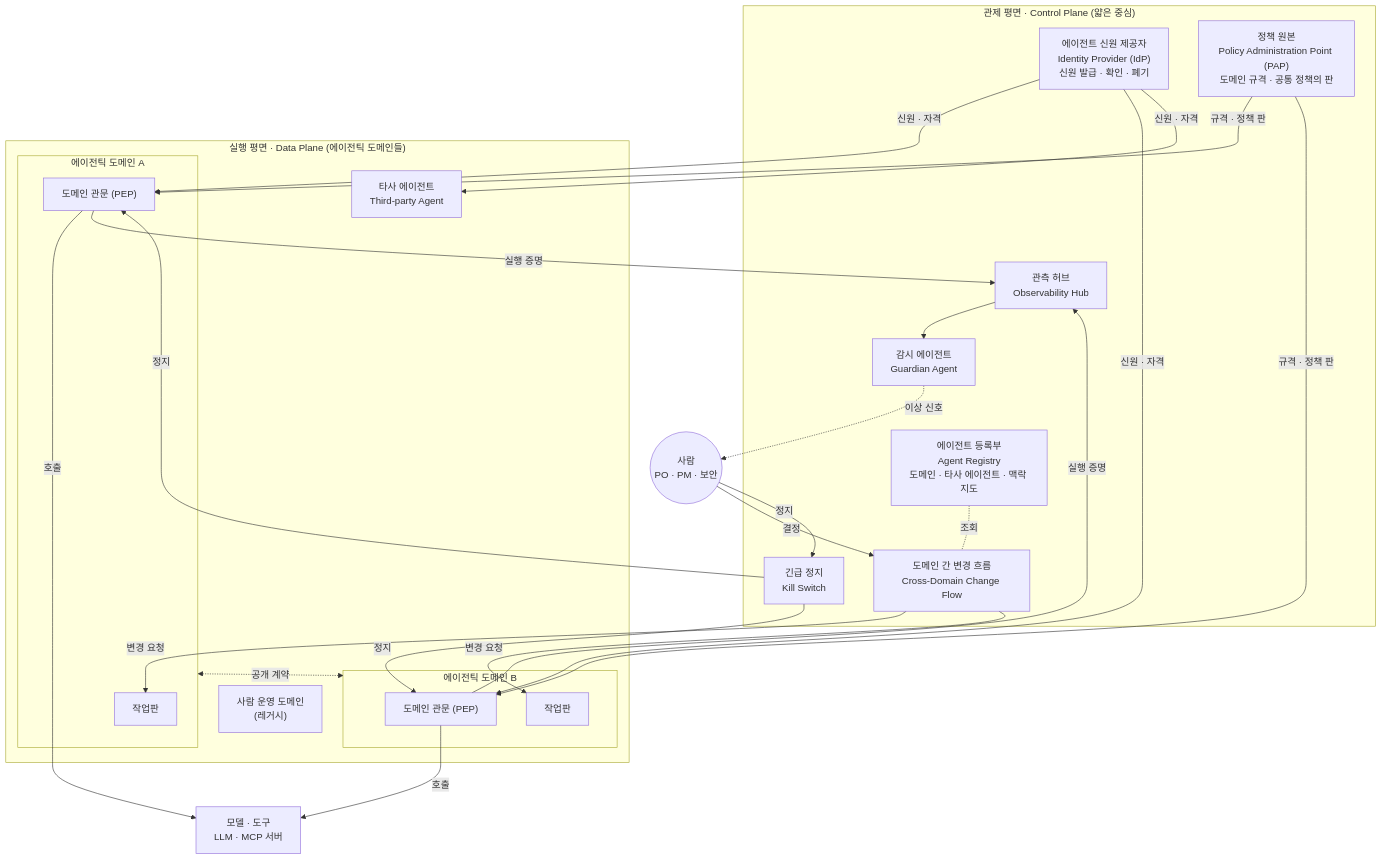
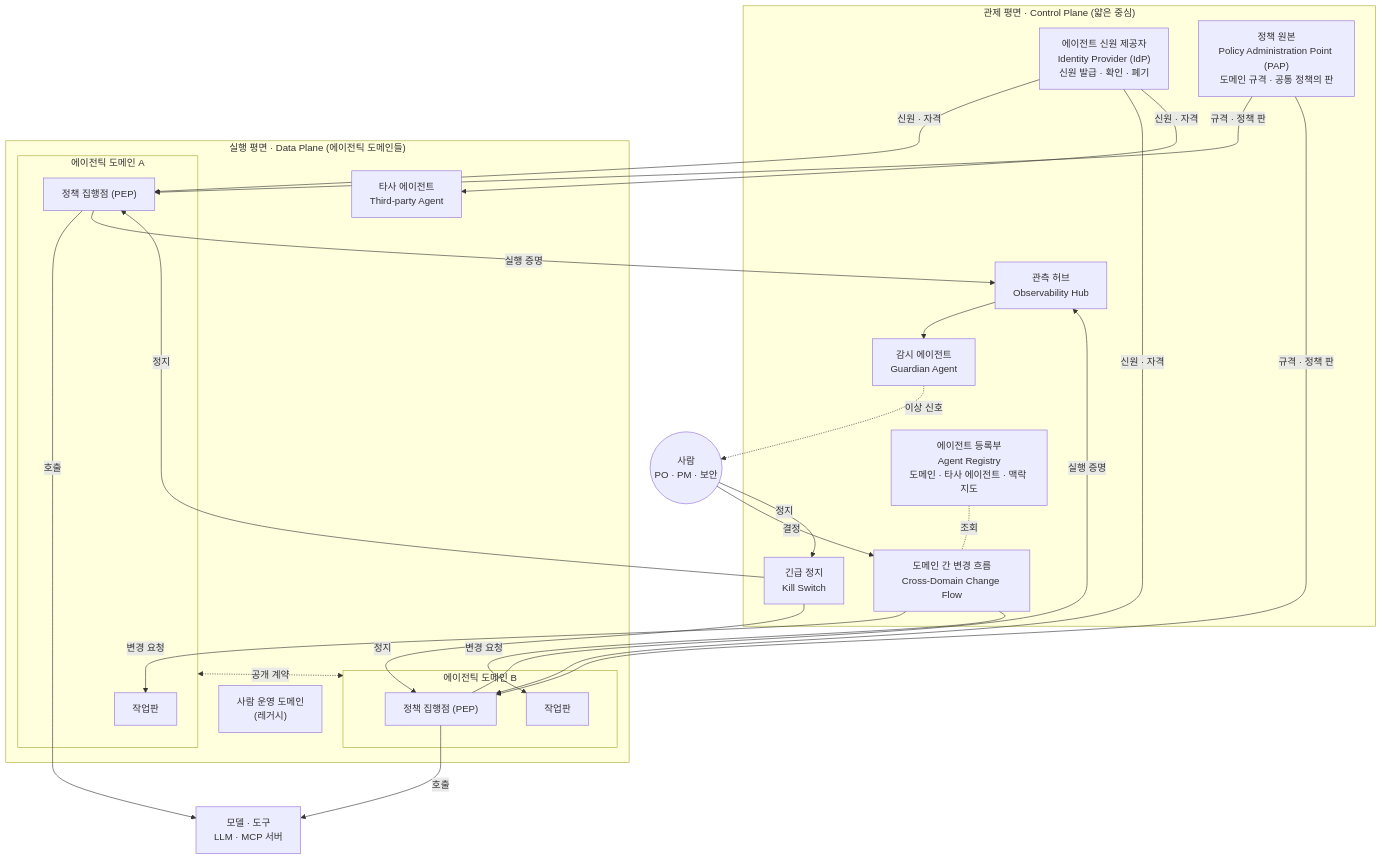
Before and after one commit to whiteceo/agentic: the first of 2 diagrams in architecture/개념_아키텍처.md, drawn with Mermaid. The commit also changed other lines of this file and 3 other files, not shown here.

````diff
--- a/architecture/개념_아키텍처.md
+++ b/architecture/개념_아키텍처.md
@@ -36,40 +36,40 @@
 ```mermaid
 flowchart TB
   subgraph CP["관제 평면 · Control Plane (얇은 중심)"]
     IdP["에이전트 신원 제공자<br/>Identity Provider (IdP)<br/>신원 발급 · 확인 · 폐기"]
     PAP["정책 원본<br/>Policy Administration Point (PAP)<br/>도메인 규격 · 공통 정책의 판"]
     REG["에이전트 등록부<br/>Agent Registry<br/>도메인 · 타사 에이전트 · 맥락 지도"]
     KS["긴급 정지<br/>Kill Switch"]
     CDF["도메인 간 변경 흐름<br/>Cross-Domain Change Flow"]
     OBS["관측 허브<br/>Observability Hub"]
     GA["감시 에이전트<br/>Guardian Agent"]
   end
 
   subgraph DP["실행 평면 · Data Plane (에이전틱 도메인들)"]
     subgraph D1["에이전틱 도메인 A"]
-      G1["도메인 관문 (PEP)"]
+      G1["정책 집행점 (PEP)"]
       W1["작업판"]
     end
     subgraph D2["에이전틱 도메인 B"]
-      G2["도메인 관문 (PEP)"]
+      G2["정책 집행점 (PEP)"]
       W2["작업판"]
     end
     HD["사람 운영 도메인<br/>(레거시)"]
     EXT["타사 에이전트<br/>Third-party Agent"]
   end
 
   M["모델 · 도구<br/>LLM · MCP 서버"]
 
   IdP -- 신원 · 자격 --> G1 & G2 & EXT
   PAP -- 규격 · 정책 판 --> G1 & G2
   KS -- 정지 --> G1 & G2
   G1 & G2 -- 호출 --> M
   D1 <-. 공개 계약 .-> D2
   G1 & G2 -- 실행 증명 --> OBS
   OBS --> GA
   GA -. 이상 신호 .-> H(("사람<br/>PO · PM · 보안"))
   CDF -- 변경 요청 --> W1 & W2
   REG -. 조회 .- CDF
   H -- 결정 --> CDF
   H -- 정지 --> KS
 ```
````
